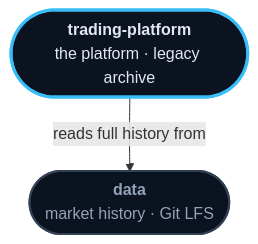
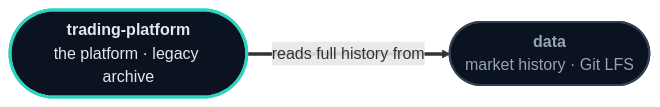
One commit to wealthwise-advisors/trading-platform changed the sixth of 6 diagrams in README.md. Above: the diagram before and after it, drawn with Mermaid. The commit also changed other lines of this file and 2 other files, not shown here.

First line of the commit message:
Rework the README: animated diagrams, a real folder structure, a rewritten opening

````diff
--- a/README.md
+++ b/README.md
@@ -593,11 +785,11 @@
 ```mermaid
-flowchart TB
+flowchart LR
     HUB(["<b>trading-platform</b><br/>the platform · legacy archive"])
     DATA(["<b>data</b><br/>market history · Git LFS"])
-    HUB -->|reads full history from| DATA
+    HUB ==>|reads full history from| DATA
 
-    classDef hub  fill:#0b1220,stroke:#38bdf8,stroke-width:3px,color:#e2e8f0
+    classDef hub  fill:#0b1220,stroke:#2dd4bf,stroke-width:3px,color:#e2e8f0
     classDef node fill:#0b1220,stroke:#334155,stroke-width:2px,color:#94a3b8
     class HUB hub
     class DATA node
 ```
````
